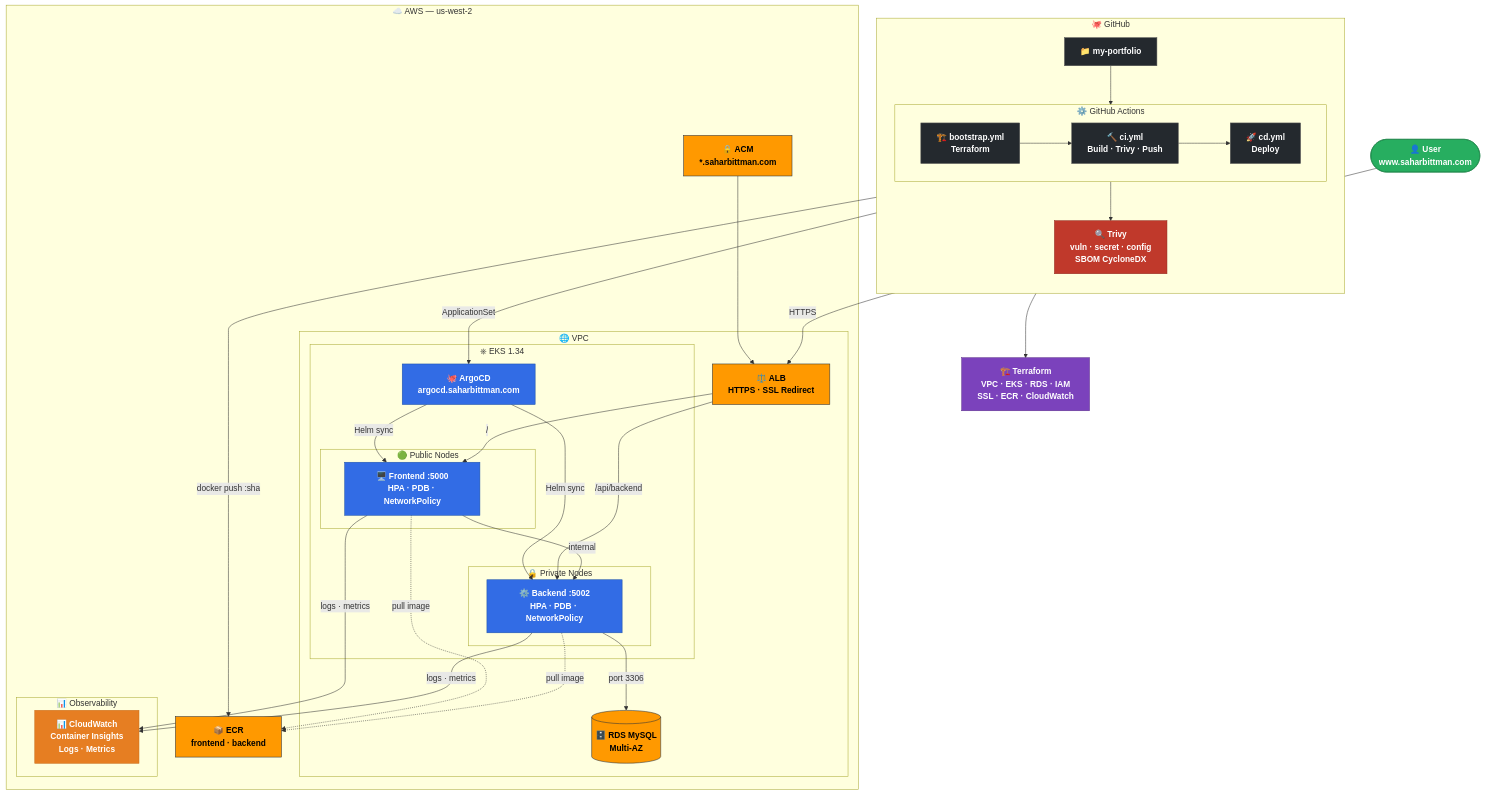
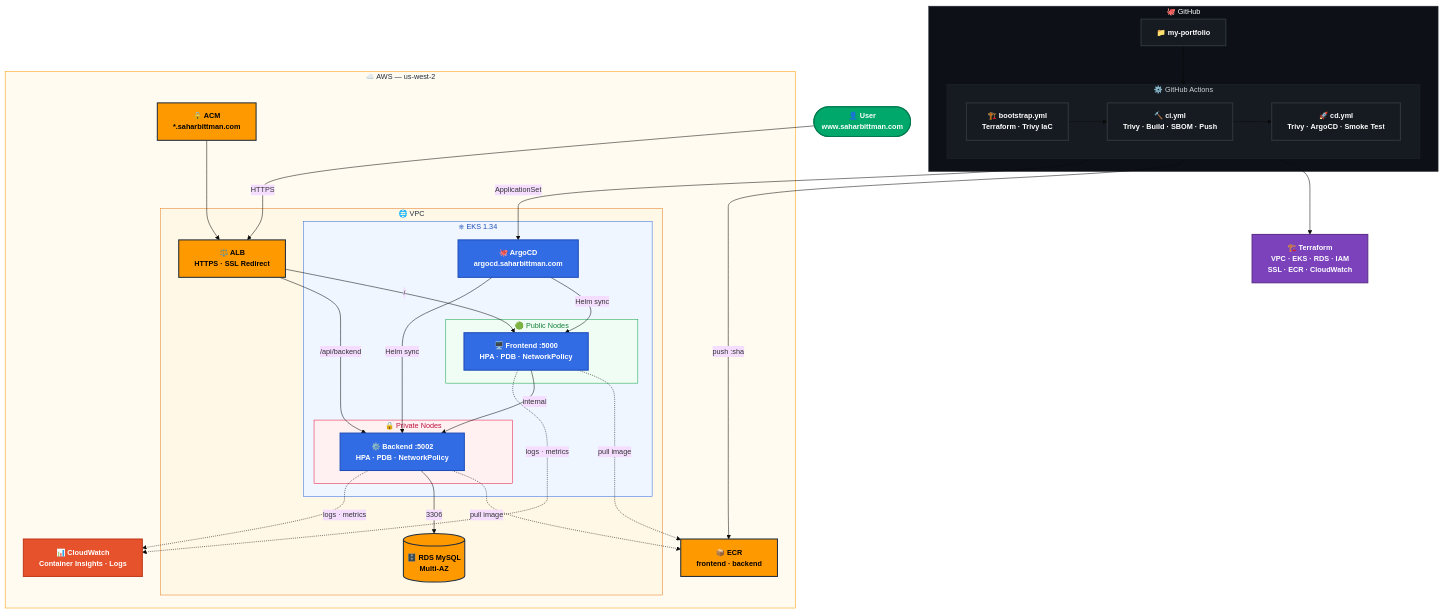
The first of 2 diagrams in README.md (sahar449/my-portfolio), drawn with Mermaid before and after one commit. The commit also changed other lines of this file and 7 other files, not shown here.

````diff
--- a/README.md
+++ b/README.md
@@ -9,69 +9,71 @@
 ```mermaid
+%%{init: {'theme': 'base', 'themeVariables': {'fontSize': '14px'}}}%%
 flowchart TB
-    classDef aws    fill:#FF9900,stroke:#232F3E,color:#000,font-weight:bold
-    classDef k8s    fill:#326CE5,stroke:#1a4fa8,color:#fff,font-weight:bold
-    classDef gh     fill:#24292e,stroke:#555,color:#fff,font-weight:bold
-    classDef sec    fill:#c0392b,stroke:#922b21,color:#fff,font-weight:bold
-    classDef mon    fill:#e67e22,stroke:#ca6f1e,color:#fff,font-weight:bold
-    classDef tf     fill:#7B42BC,stroke:#5a2d8a,color:#fff,font-weight:bold
-    classDef user   fill:#27ae60,stroke:#1e8449,color:#fff,font-weight:bold
+    classDef aws  fill:#FF9900,stroke:#232F3E,stroke-width:2px,color:#000,font-weight:bold
+    classDef k8s  fill:#326CE5,stroke:#1E4DB7,stroke-width:2px,color:#fff,font-weight:bold
+    classDef gh   fill:#161b22,stroke:#30363d,stroke-width:2px,color:#fff,font-weight:bold
+    classDef tf   fill:#7B42BC,stroke:#5a2d8a,stroke-width:2px,color:#fff,font-weight:bold
+    classDef mon  fill:#E6522C,stroke:#bf3a1a,stroke-width:2px,color:#fff,font-weight:bold
+    classDef user fill:#00a86b,stroke:#007a4d,stroke-width:2px,color:#fff,font-weight:bold
 
     User(["👤 User\nwww.saharbittman.com"]):::user
 
     subgraph GH["🐙 GitHub"]
-        direction TB
         Repo["📁 my-portfolio"]:::gh
-        subgraph Actions["⚙️ GitHub Actions"]
+        subgraph Pipeline["⚙️ GitHub Actions"]
             direction LR
-            BS["🏗️ bootstrap.yml\nTerraform"]:::gh
-            CI["🔨 ci.yml\nBuild · Trivy · Push"]:::gh
-            CD["🚀 cd.yml\nDeploy"]:::gh
+            BS["🏗️ bootstrap.yml\nTerraform · Trivy IaC"]:::gh
+            CI["🔨 ci.yml\nTrivy · Build · SBOM · Push"]:::gh
+            CD["🚀 cd.yml\nTrivy · ArgoCD · Smoke Test"]:::gh
             BS --> CI --> CD
         end
-        Trivy["🔍 Trivy\nvuln · secret · config\nSBOM CycloneDX"]:::sec
     end
 
     TF["🏗️ Terraform\nVPC · EKS · RDS · IAM\nSSL · ECR · CloudWatch"]:::tf
 
     subgraph AWS["☁️ AWS — us-west-2"]
         ECR["📦 ECR\nfrontend · backend"]:::aws
         ACM["🔒 ACM\n*.saharbittman.com"]:::aws
+        CW["📊 CloudWatch\nContainer Insights · Logs"]:::mon
 
         subgraph VPC["🌐 VPC"]
             ALB["⚖️ ALB\nHTTPS · SSL Redirect"]:::aws
 
             subgraph EKS["⎈ EKS 1.34"]
                 ArgoCD["🐙 ArgoCD\nargocd.saharbittman.com"]:::k8s
 
                 subgraph PubNodes["🟢 Public Nodes"]
                     FE["🖥️ Frontend :5000\nHPA · PDB · NetworkPolicy"]:::k8s
                 end
 
                 subgraph PrvNodes["🔒 Private Nodes"]
                     BE["⚙️ Backend :5002\nHPA · PDB · NetworkPolicy"]:::k8s
                 end
             end
 
             RDS[("🗄️ RDS MySQL\nMulti-AZ")]:::aws
         end
-
-        subgraph Obs["📊 Observability"]
-            CW["📊 CloudWatch\nContainer Insights\nLogs · Metrics"]:::mon
-        end
     end
 
-    Repo --> Actions
+    style GH       fill:#0d1117,stroke:#30363d,color:#fff
+    style Pipeline fill:#161b22,stroke:#21262d,color:#c9d1d9
+    style AWS      fill:#fffbf0,stroke:#FF9900,color:#232F3E
+    style VPC      fill:#fff8e6,stroke:#e67e22,color:#232F3E
+    style EKS      fill:#eff6ff,stroke:#326CE5,color:#1E4DB7
+    style PubNodes fill:#f0fdf4,stroke:#16a34a,color:#15803d
+    style PrvNodes fill:#fff1f2,stroke:#e11d48,color:#be123c
+
+    Repo --> Pipeline
     BS --> TF
-    CI --> Trivy
-    CI -->|"docker push :sha"| ECR
+    CI -->|"push :sha"| ECR
     CD -->|"ApplicationSet"| ArgoCD
     ArgoCD -->|"Helm sync"| FE & BE
     FE & BE -.->|"pull image"| ECR
     ACM --> ALB
     User -->|"HTTPS"| ALB
     ALB -->|"/"| FE
     ALB -->|"/api/backend"| BE
     FE -->|"internal"| BE
-    BE -->|"port 3306"| RDS
-    FE & BE -->|"logs · metrics"| CW
+    BE -->|"3306"| RDS
+    FE & BE -.->|"logs · metrics"| CW
 ```
````
